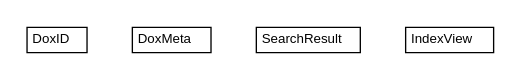
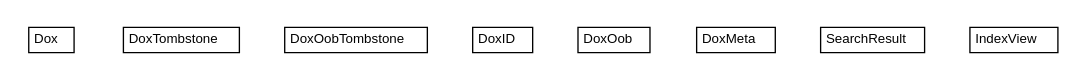
One commit to trajano/doxdb changed the diagram in doxdb-rest/apidocs/net/trajano/doxdb/net.trajano.doxdb.dot. Above: the diagram before and after it, drawn with Graphviz. The commit also changed 171 other files, not shown here.

```diff
--- a/doxdb-rest/apidocs/net/trajano/doxdb/net.trajano.doxdb.dot
+++ b/doxdb-rest/apidocs/net/trajano/doxdb/net.trajano.doxdb.dot
@@ -1,36 +1,60 @@
 #!/usr/local/bin/dot
 #
 # Class diagram 
 # Generated by UMLGraph version R5_6-24-gf6e263 (http://www.umlgraph.org/)
 #
 
 digraph G {
 	edge [fontname="Helvetica",fontsize=10,labelfontname="Helvetica",labelfontsize=10];
 	node [fontname="Helvetica",fontsize=10,shape=plaintext];
 	nodesep=0.25;
 	ranksep=0.5;
+	// net.trajano.doxdb.Dox
+	c0 [label=<<table title="net.trajano.doxdb.Dox" border="0" cellborder="1" cellspacing="0" cellpadding="2" port="p" href="./Dox.html">
+		<tr><td><table border="0" cellspacing="0" cellpadding="1">
+<tr><td align="center" balign="center"> Dox </td></tr>
+		</table></td></tr>
+		</table>>, URL="./Dox.html", fontname="Helvetica", fontcolor="black", fontsize=10.0];
+	// net.trajano.doxdb.DoxTombstone
+	c1 [label=<<table title="net.trajano.doxdb.DoxTombstone" border="0" cellborder="1" cellspacing="0" cellpadding="2" port="p" href="./DoxTombstone.html">
+		<tr><td><table border="0" cellspacing="0" cellpadding="1">
+<tr><td align="center" balign="center"> DoxTombstone </td></tr>
+		</table></td></tr>
+		</table>>, URL="./DoxTombstone.html", fontname="Helvetica", fontcolor="black", fontsize=10.0];
+	// net.trajano.doxdb.DoxOobTombstone
+	c2 [label=<<table title="net.trajano.doxdb.DoxOobTombstone" border="0" cellborder="1" cellspacing="0" cellpadding="2" port="p" href="./DoxOobTombstone.html">
+		<tr><td><table border="0" cellspacing="0" cellpadding="1">
+<tr><td align="center" balign="center"> DoxOobTombstone </td></tr>
+		</table></td></tr>
+		</table>>, URL="./DoxOobTombstone.html", fontname="Helvetica", fontcolor="black", fontsize=10.0];
 	// net.trajano.doxdb.DoxID
-	c0 [label=<<table title="net.trajano.doxdb.DoxID" border="0" cellborder="1" cellspacing="0" cellpadding="2" port="p" href="./DoxID.html">
+	c3 [label=<<table title="net.trajano.doxdb.DoxID" border="0" cellborder="1" cellspacing="0" cellpadding="2" port="p" href="./DoxID.html">
 		<tr><td><table border="0" cellspacing="0" cellpadding="1">
 <tr><td align="center" balign="center"> DoxID </td></tr>
 		</table></td></tr>
 		</table>>, URL="./DoxID.html", fontname="Helvetica", fontcolor="black", fontsize=10.0];
+	// net.trajano.doxdb.DoxOob
+	c4 [label=<<table title="net.trajano.doxdb.DoxOob" border="0" cellborder="1" cellspacing="0" cellpadding="2" port="p" href="./DoxOob.html">
+		<tr><td><table border="0" cellspacing="0" cellpadding="1">
+<tr><td align="center" balign="center"> DoxOob </td></tr>
+		</table></td></tr>
+		</table>>, URL="./DoxOob.html", fontname="Helvetica", fontcolor="black", fontsize=10.0];
 	// net.trajano.doxdb.DoxMeta
-	c1 [label=<<table title="net.trajano.doxdb.DoxMeta" border="0" cellborder="1" cellspacing="0" cellpadding="2" port="p" href="./DoxMeta.html">
+	c5 [label=<<table title="net.trajano.doxdb.DoxMeta" border="0" cellborder="1" cellspacing="0" cellpadding="2" port="p" href="./DoxMeta.html">
 		<tr><td><table border="0" cellspacing="0" cellpadding="1">
 <tr><td align="center" balign="center"> DoxMeta </td></tr>
 		</table></td></tr>
 		</table>>, URL="./DoxMeta.html", fontname="Helvetica", fontcolor="black", fontsize=10.0];
 	// net.trajano.doxdb.SearchResult
-	c2 [label=<<table title="net.trajano.doxdb.SearchResult" border="0" cellborder="1" cellspacing="0" cellpadding="2" port="p" href="./SearchResult.html">
+	c6 [label=<<table title="net.trajano.doxdb.SearchResult" border="0" cellborder="1" cellspacing="0" cellpadding="2" port="p" href="./SearchResult.html">
 		<tr><td><table border="0" cellspacing="0" cellpadding="1">
 <tr><td align="center" balign="center"> SearchResult </td></tr>
 		</table></td></tr>
 		</table>>, URL="./SearchResult.html", fontname="Helvetica", fontcolor="black", fontsize=10.0];
 	// net.trajano.doxdb.IndexView
-	c3 [label=<<table title="net.trajano.doxdb.IndexView" border="0" cellborder="1" cellspacing="0" cellpadding="2" port="p" href="./IndexView.html">
+	c7 [label=<<table title="net.trajano.doxdb.IndexView" border="0" cellborder="1" cellspacing="0" cellpadding="2" port="p" href="./IndexView.html">
 		<tr><td><table border="0" cellspacing="0" cellpadding="1">
 <tr><td align="center" balign="center"> IndexView </td></tr>
 		</table></td></tr>
 		</table>>, URL="./IndexView.html", fontname="Helvetica", fontcolor="black", fontsize=10.0];
 }
```
